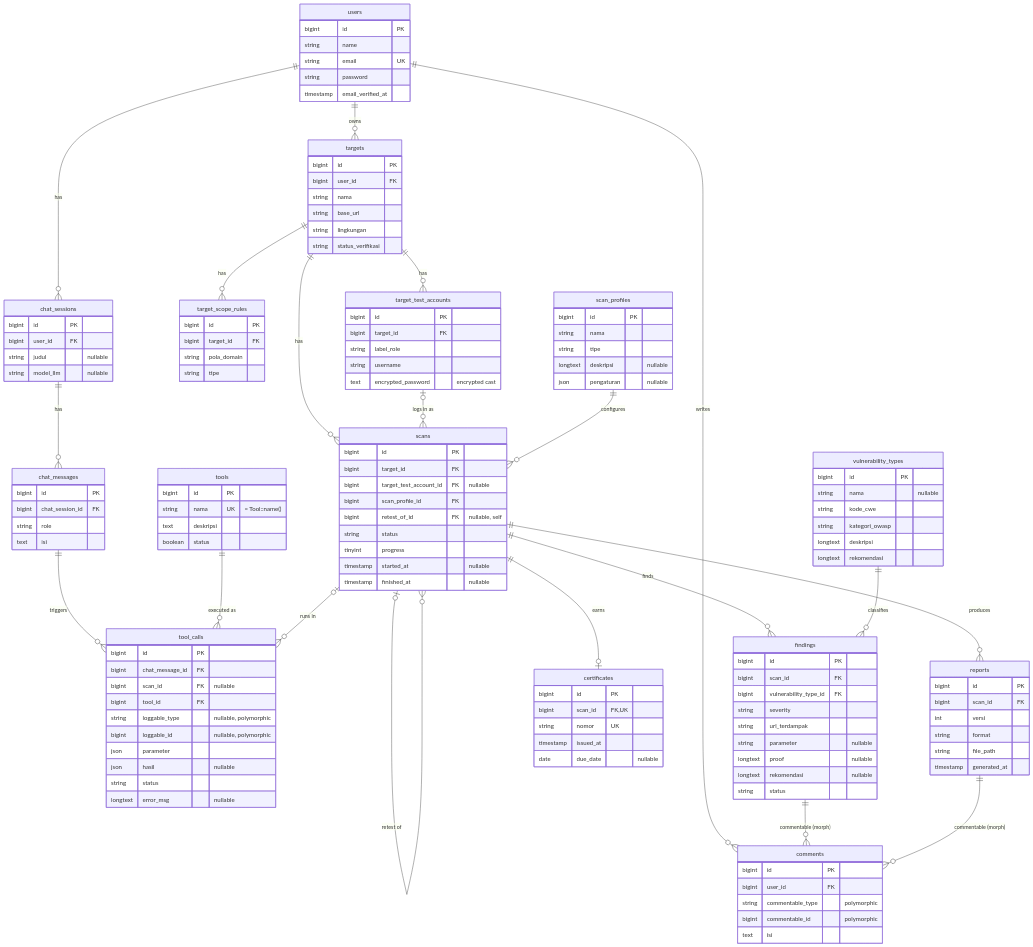
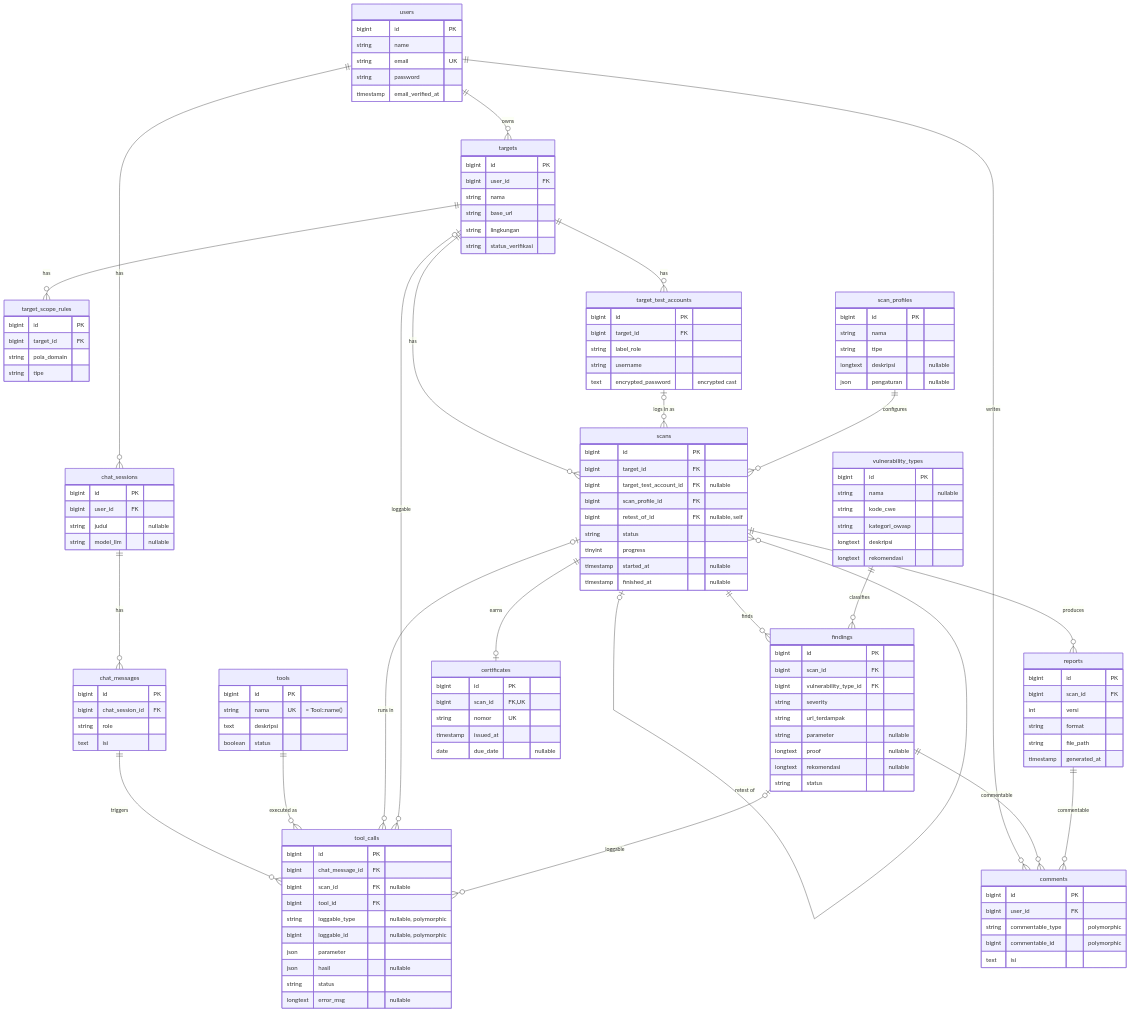
The diagram in README.md (Pardofel1s/pbkk-k4-agentic-ai), drawn with Mermaid before and after one commit. The commit also changed other lines of this file and 2 other files, not shown here.

Commit message:
docs: ERD image for slides, draw polymorphic loggable relations

```diff
--- a/README.md
+++ b/README.md
@@ -178,8 +180,10 @@
     scans ||--o{ reports : produces
     scans ||--o| certificates : earns
     users ||--o{ comments : writes
-    findings ||--o{ comments : "commentable (morph)"
-    reports ||--o{ comments : "commentable (morph)"
+    findings ||--o{ comments : commentable
+    reports ||--o{ comments : commentable
+    targets |o--o{ tool_calls : loggable
+    findings |o--o{ tool_calls : loggable
 
     users {
         bigint id PK
```
